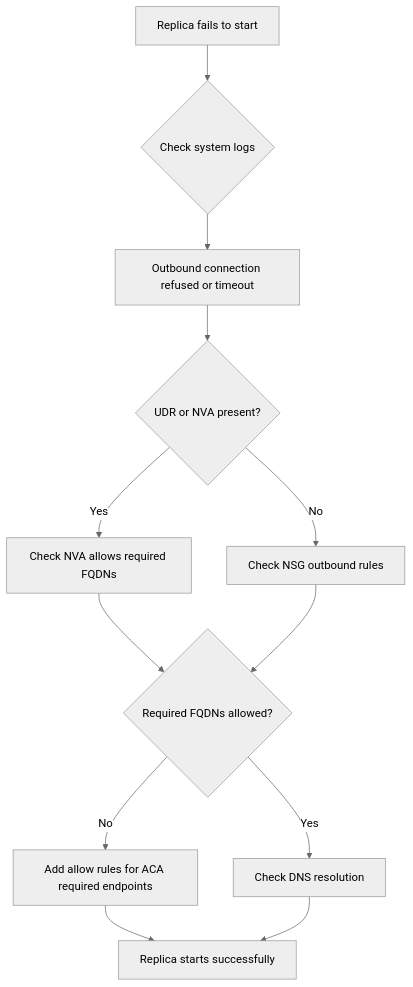
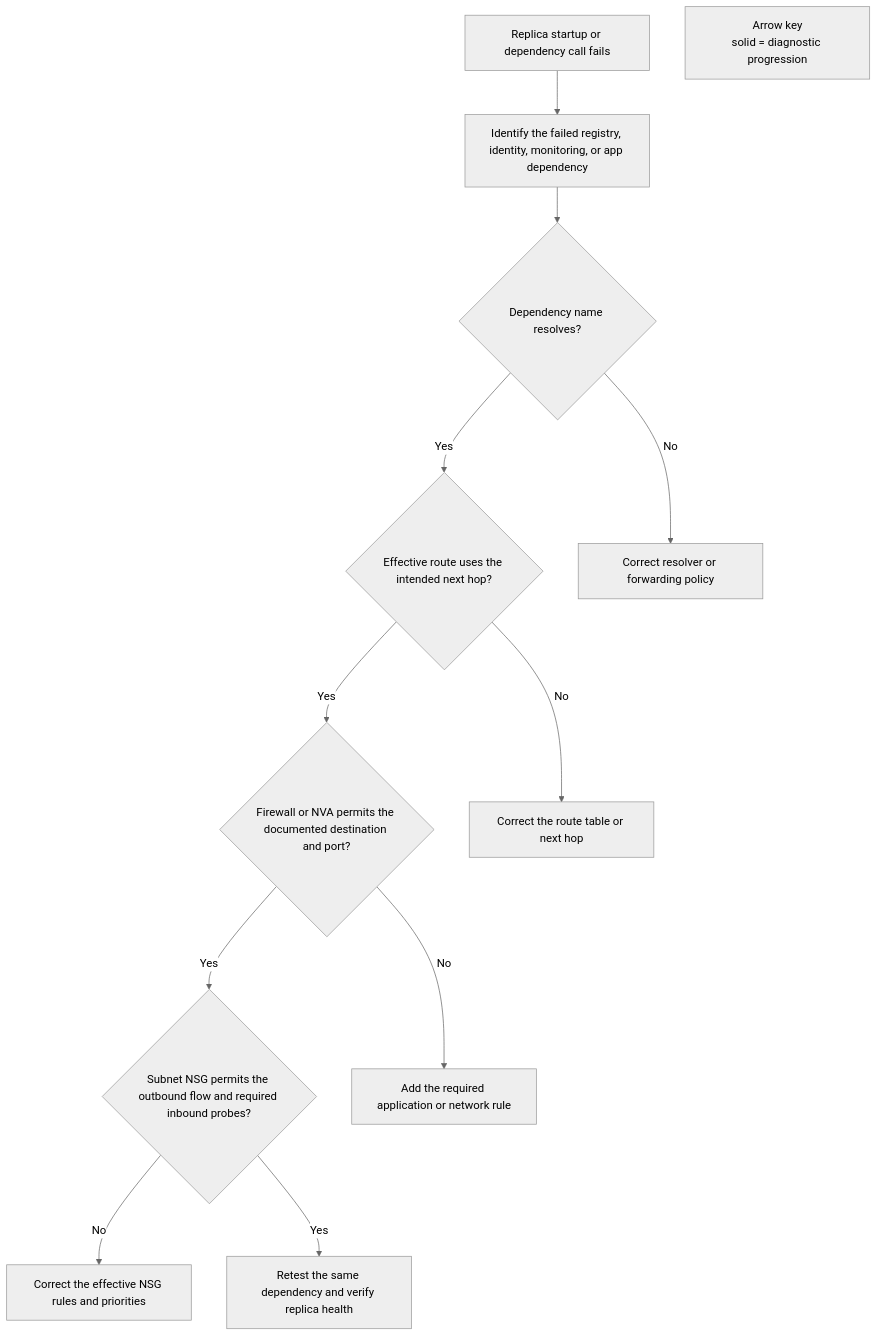
Before and after one commit to yeongseon/azure-container-apps-practical-guide: the diagram in docs/troubleshooting/playbooks/networking-advanced/udr-nsg-egress-blocked.md, drawn with Mermaid (neutral theme). The commit also changed other lines of this file and 23 other files, not shown here.

First line of the commit message:
docs(diagrams): migrate troubleshooting playbook diagrams (#626)

````diff
--- a/docs/troubleshooting/playbooks/networking-advanced/udr-nsg-egress-blocked.md
+++ b/docs/troubleshooting/playbooks/networking-advanced/udr-nsg-egress-blocked.md
@@ -26,14 +30,30 @@
 ```mermaid
 flowchart TD
-    A[Replica fails to start] --> B{Check system logs}
-    B --> C[Outbound connection refused or timeout]
-    C --> D{UDR or NVA present?}
-    D -->|Yes| E[Check NVA allows required FQDNs]
-    D -->|No| F[Check NSG outbound rules]
-    E --> G{Required FQDNs allowed?}
-    F --> G
-    G -->|No| H[Add allow rules for ACA required endpoints]
-    G -->|Yes| I[Check DNS resolution]
-    H --> J[Replica starts successfully]
-    I --> J
+    accTitle: Diagnose egress blocked by a route, firewall, or NSG
+    accDescr: Use system evidence to identify the failing outbound dependency, then evaluate DNS, effective routes, firewall policy, and NSG policy as separate controls.
+
+    FAILURE[Replica startup or dependency call fails]
+    DEPENDENCY[Identify the failed registry, identity, monitoring, or app dependency]
+    DNS{Dependency name resolves?}
+    ROUTE{Effective route uses the intended next hop?}
+    FIREWALL{Firewall or NVA permits the documented destination and port?}
+    NSG{Subnet NSG permits the outbound flow and required inbound probes?}
+    DNS_FIX[Correct resolver or forwarding policy]
+    ROUTE_FIX[Correct the route table or next hop]
+    FIREWALL_FIX[Add the required application or network rule]
+    NSG_FIX[Correct the effective NSG rules and priorities]
+    VERIFY[Retest the same dependency and verify replica health]
+
+    FAILURE --> DEPENDENCY
+    DEPENDENCY --> DNS
+    DNS -->|No| DNS_FIX
+    DNS -->|Yes| ROUTE
+    ROUTE -->|No| ROUTE_FIX
+    ROUTE -->|Yes| FIREWALL
+    FIREWALL -->|No| FIREWALL_FIX
+    FIREWALL -->|Yes| NSG
+    NSG -->|No| NSG_FIX
+    NSG -->|Yes| VERIFY
+
+    LEGEND["Arrow key<br/>solid = diagnostic progression"]
 ```
````
